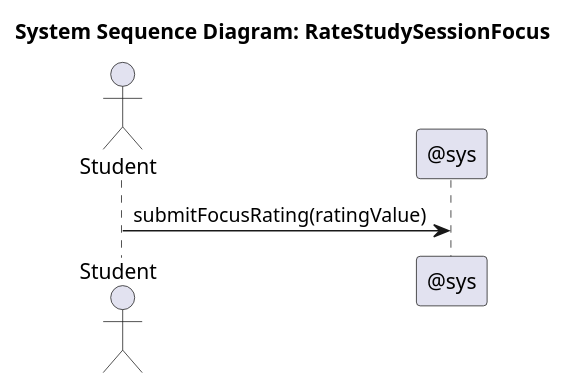
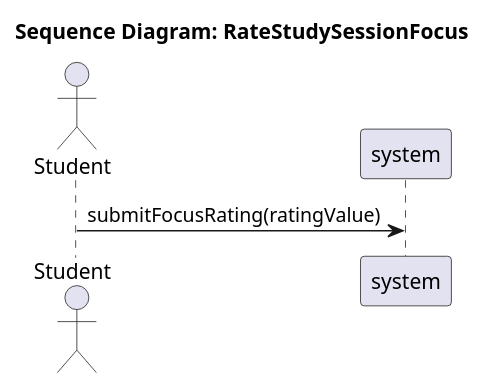
One commit to SEP4Real/SEP4 changed the diagram in Documentation/Analysis/ssds/StudyHelper_RateStudySessionFocus.ssd.puml. Above: the diagram before and after it, drawn with PlantUML. The commit also changed 46 other files, not shown here.

```diff
--- a/Documentation/Analysis/ssds/StudyHelper_RateStudySessionFocus.ssd.puml
+++ b/Documentation/Analysis/ssds/StudyHelper_RateStudySessionFocus.ssd.puml
@@ -1,6 +1,7 @@
-@startuml StudyHelper_RateStudySessionFocus_SSD
-title System Sequence Diagram: RateStudySessionFocus
+@startuml
+title Sequence Diagram: RateStudySessionFocus
 actor "Student" as Actor
-participant "@sys" as System
+participant "system" as System
+
 Actor -> System : submitFocusRating(ratingValue)
 @enduml
```
